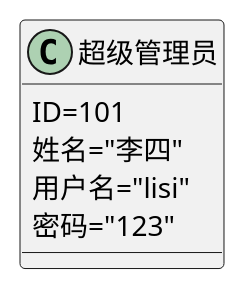
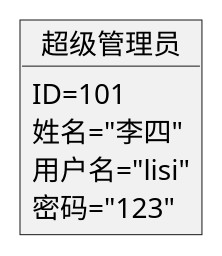
The diagram in test3/puml/superManager.puml (YYttaa/is_analysis-2), drawn with PlantUML before and after one commit. The commit also changed 18 other files, not shown here.

```diff
--- a/test3/puml/superManager.puml
+++ b/test3/puml/superManager.puml
@@ -1,8 +1,8 @@
 @startuml
-class 超级管理员{
+object 超级管理员{
      ID=101
      姓名="李四"
      用户名="lisi"
      密码="123"
   }
 @enduml
```
